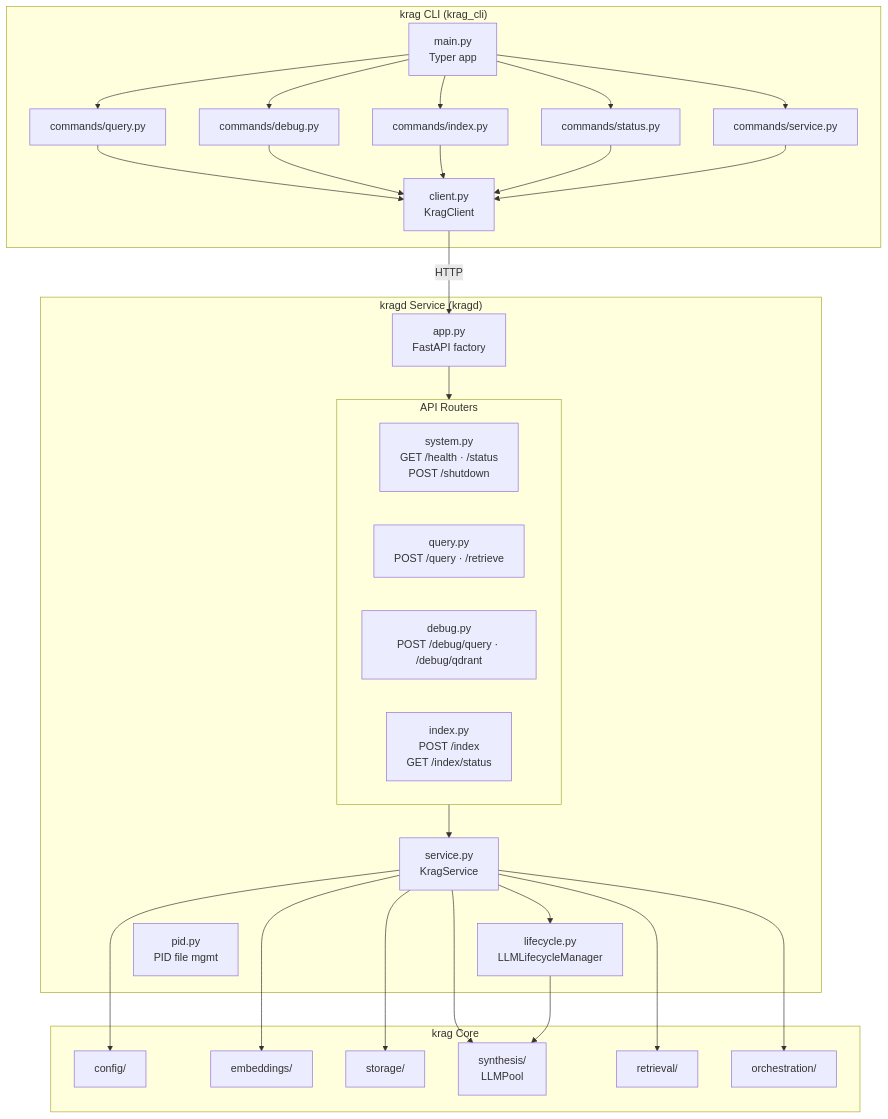
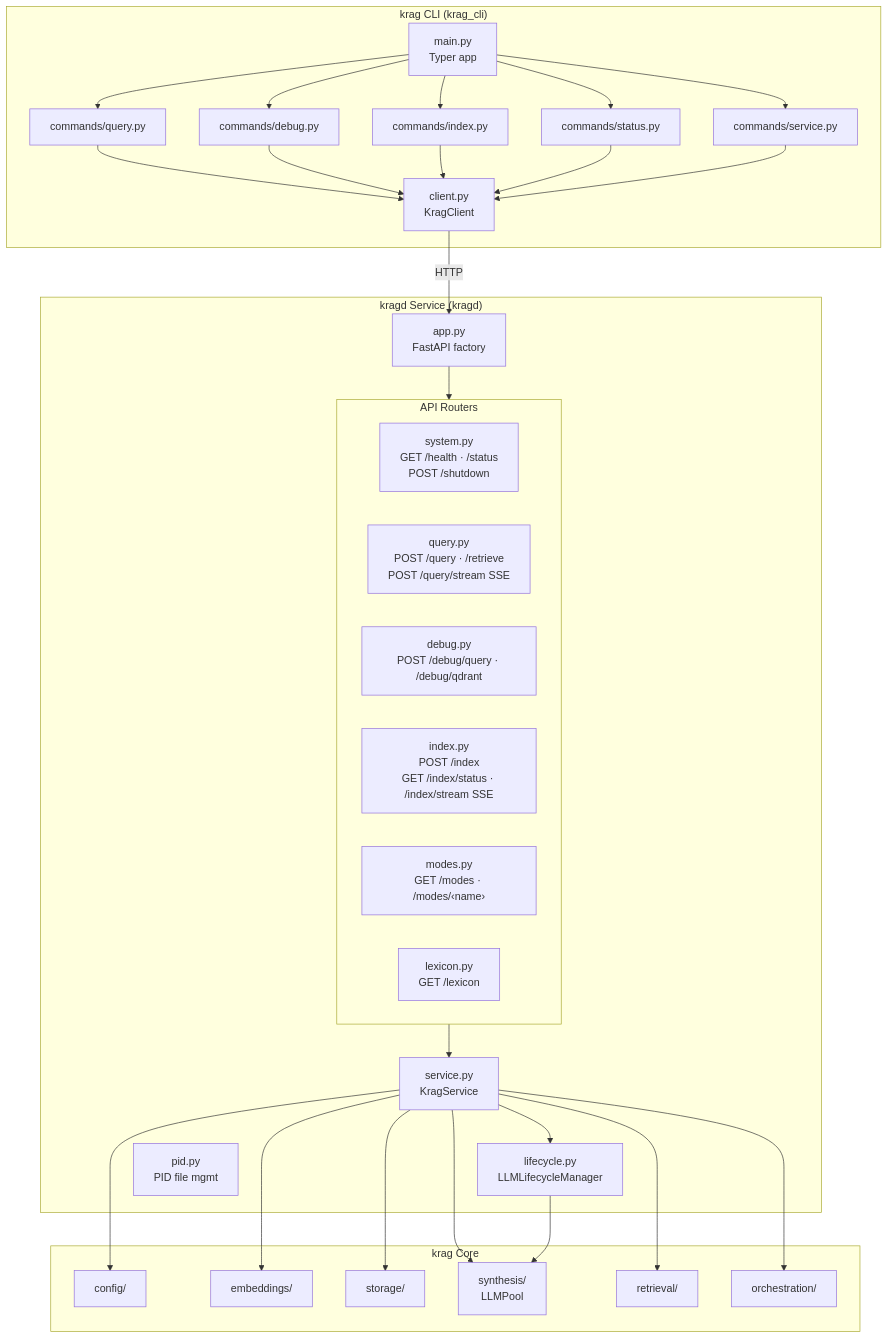
Before and after one commit to kenhia/krag: the second of 8 diagrams in docs/architecture.md, drawn with Mermaid. The commit also changed other lines of this file and 44 other files, not shown here.

````diff
--- a/docs/architecture.md
+++ b/docs/architecture.md
@@ -146,45 +146,47 @@
 ```mermaid
 graph TB
     subgraph CLIENT["krag CLI (krag_cli)"]
         CLI_MAIN[main.py<br/>Typer app]
         CLI_QUERY[commands/query.py]
         CLI_DEBUG[commands/debug.py]
         CLI_INDEX[commands/index.py]
         CLI_STATUS[commands/status.py]
         CLI_SERVICE[commands/service.py]
         CLIENT_HTTP[client.py<br/>KragClient]
     end
 
     subgraph KRAGD["kragd Service (kragd)"]
         APP[app.py<br/>FastAPI factory]
         SERVICE[service.py<br/>KragService]
         LIFECYCLE[lifecycle.py<br/>LLMLifecycleManager]
         PID[pid.py<br/>PID file mgmt]
 
         subgraph ROUTERS["API Routers"]
             R_SYSTEM[system.py<br/>GET /health · /status<br/>POST /shutdown]
-            R_QUERY[query.py<br/>POST /query · /retrieve]
+            R_QUERY[query.py<br/>POST /query · /retrieve<br/>POST /query/stream SSE]
             R_DEBUG[debug.py<br/>POST /debug/query · /debug/qdrant]
-            R_INDEX[index.py<br/>POST /index<br/>GET /index/status]
+            R_INDEX[index.py<br/>POST /index<br/>GET /index/status · /index/stream SSE]
+            R_MODES[modes.py<br/>GET /modes · /modes/‹name›]
+            R_LEXICON[lexicon.py<br/>GET /lexicon]
         end
     end
 
     subgraph KRAG["krag Core"]
         CONFIG[config/]
         EMBEDDINGS[embeddings/]
         STORAGE[storage/]
         SYNTHESIS[synthesis/<br/>LLMPool]
         RETRIEVAL[retrieval/]
         ORCHESTRATION[orchestration/]
     end
 
     CLI_MAIN --> CLI_QUERY & CLI_DEBUG & CLI_INDEX & CLI_STATUS & CLI_SERVICE
     CLI_QUERY & CLI_DEBUG & CLI_INDEX & CLI_STATUS & CLI_SERVICE --> CLIENT_HTTP
     CLIENT_HTTP -->|HTTP| APP
 
     APP --> ROUTERS
     ROUTERS --> SERVICE
     SERVICE --> LIFECYCLE
     SERVICE --> CONFIG & EMBEDDINGS & STORAGE & SYNTHESIS & RETRIEVAL & ORCHESTRATION
     LIFECYCLE --> SYNTHESIS
 ```
````
